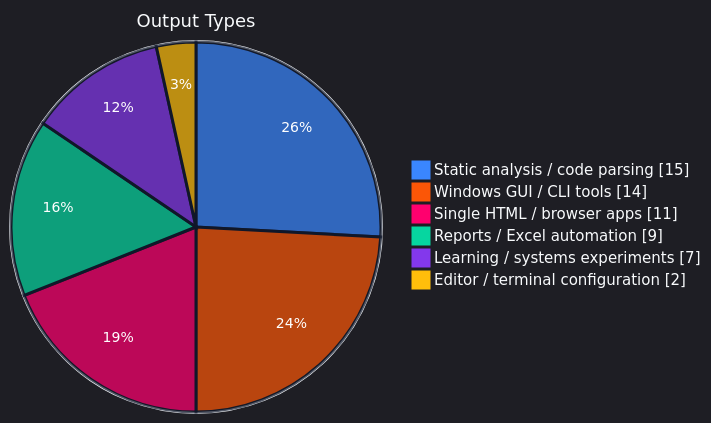
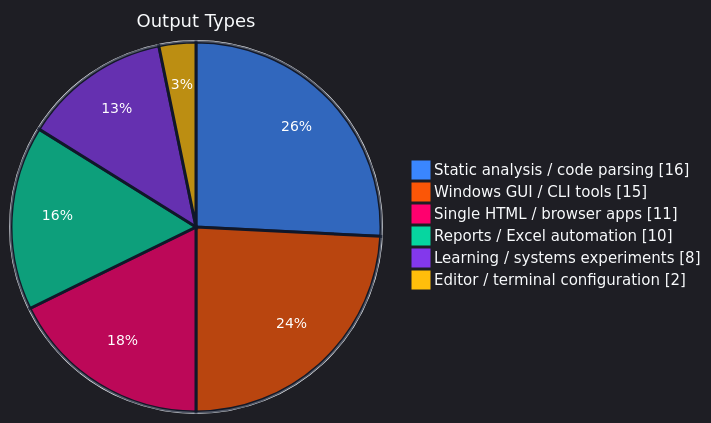
One commit to SSsan-00/SSsan-00 changed the second of 4 diagrams in README.md. Above: the diagram before and after it, drawn with Mermaid. The commit also changed other lines of this file and 2 other files, not shown here.

````diff
--- a/README.md
+++ b/README.md
@@ -56,11 +56,11 @@
 ```mermaid
 %%{init: {"theme":"dark","themeVariables":{"background":"#0f172a","mainBkg":"#0f172a","textColor":"#f8fafc","primaryTextColor":"#f8fafc","pieStrokeColor":"#0f172a","pieStrokeWidth":"3px","pieOuterStrokeColor":"#f8fafc","pieOuterStrokeWidth":"2px","pieTitleTextColor":"#f8fafc","pieTitleTextSize":"18px","pieLegendTextColor":"#f8fafc","pieLegendTextSize":"15px","pieSectionTextColor":"#ffffff","pieSectionTextSize":"14px","pie1":"#3a86ff","pie2":"#fb5607","pie3":"#ff006e","pie4":"#06d6a0","pie5":"#8338ec","pie6":"#ffbe0b"}}}%%
 pie showData
   title Output Types
-  "Static analysis / code parsing" : 15
-  "Windows GUI / CLI tools" : 14
+  "Static analysis / code parsing" : 16
+  "Windows GUI / CLI tools" : 15
   "Single HTML / browser apps" : 11
-  "Reports / Excel automation" : 9
-  "Learning / systems experiments" : 7
+  "Reports / Excel automation" : 10
+  "Learning / systems experiments" : 8
   "Editor / terminal configuration" : 2
 ```
````
